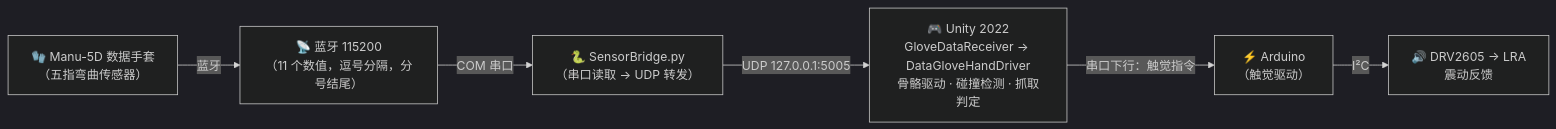
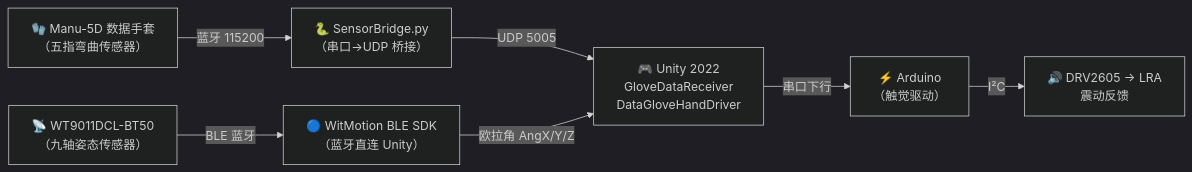
One commit to Eijiurus/Unity-Haptic-Hands changed the diagram in README.md. Above: the diagram before and after it, drawn with Mermaid (dark theme). The commit also changed other lines of this file and 21 other files, not shown here.

First line of the commit message:
feat: WitMotion BLE wrist tracking and connection fixes

````diff
--- a/README.md
+++ b/README.md
@@ -9,15 +9,19 @@
 ```mermaid
 flowchart LR
     A["🧤 Manu-5D 数据手套\n（五指弯曲传感器）"]
-    B["📡 蓝牙 115200\n（11 个数值，逗号分隔，分号结尾）"]
-    C["🐍 SensorBridge.py\n（串口读取 → UDP 转发）"]
-    D["🎮 Unity 2022\nGloveDataReceiver → DataGloveHandDriver\n骨骼驱动 · 碰撞检测 · 抓取判定"]
+    B["🐍 SensorBridge.py\n（串口→UDP 桥接）"]
+    C["🎮 Unity 2022\nGloveDataReceiver\nDataGloveHandDriver"]
+
+    G["📡 WT9011DCL-BT50\n（九轴姿态传感器）"]
+    H["🔵 WitMotion BLE SDK\n（蓝牙直连 Unity）"]
+
     E["⚡ Arduino\n（触觉驱动）"]
     F["🔊 DRV2605 → LRA\n震动反馈"]
 
-    A -->|蓝牙| B
-    B -->|"COM 串口"| C
-    C -->|"UDP 127.0.0.1:5005"| D
-    D -->|"串口下行：触觉指令"| E
+    A -->|"蓝牙 115200"| B
+    B -->|"UDP 5005"| C
+    G -->|"BLE 蓝牙"| H
+    H -->|"欧拉角 AngX/Y/Z"| C
+    C -->|"串口下行"| E
     E -->|I²C| F
 ```
````
